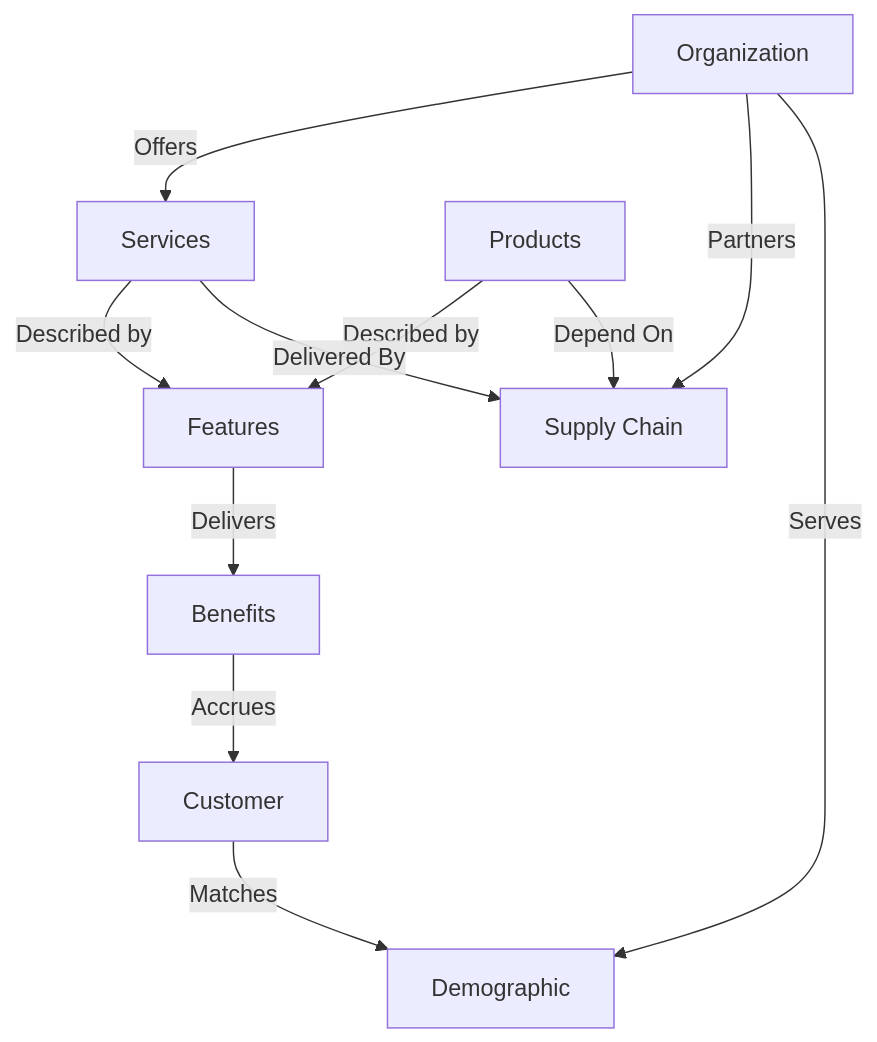
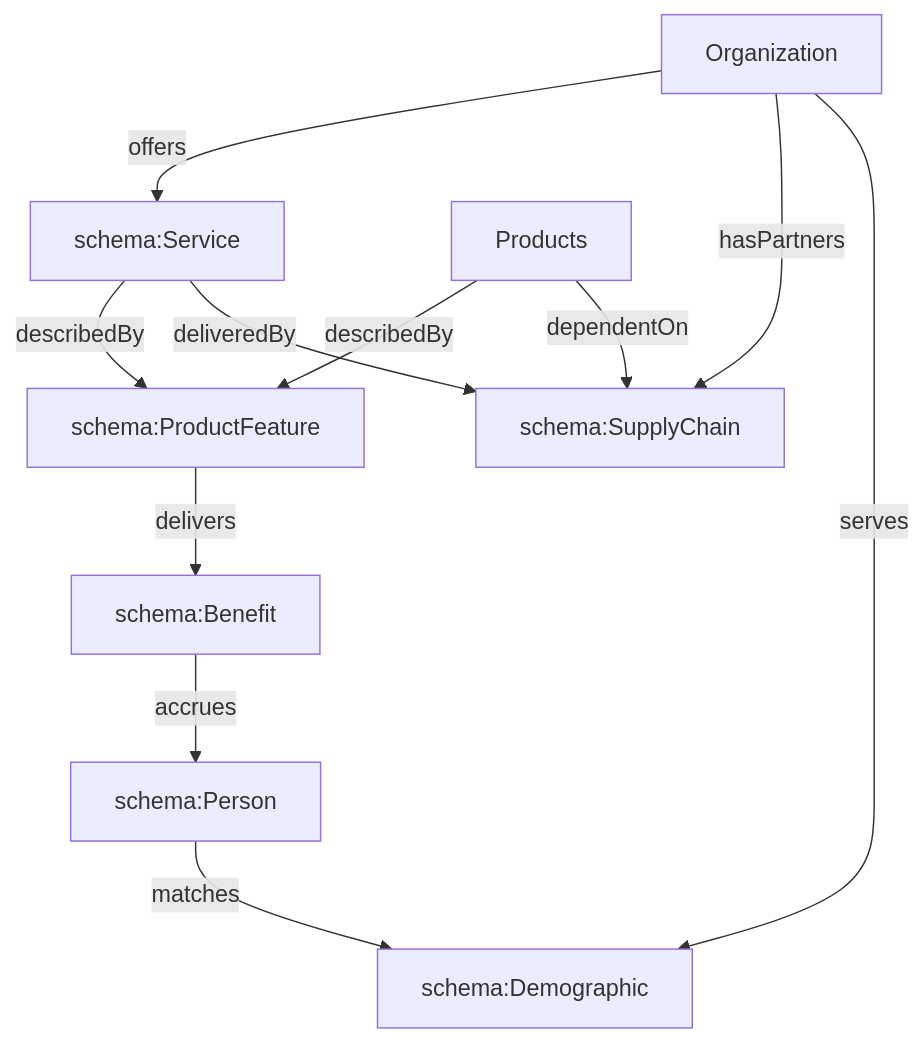
Before and after one commit to fact-claims/fact.claims: the diagram in www/content/paper/index.md, drawn with Mermaid. The commit also changed other lines of this file, not shown here.

````diff
--- a/www/content/paper/index.md
+++ b/www/content/paper/index.md
@@ -78,13 +78,13 @@
 ```mermaid
 graph TB;
-  Organization -->|Offers| Services[Services]
-  Products -->|Described by| Features[Features]
-  Services -->|Described by| Features[Features]
-  Products -->|Depend On| SupplyChain
-  Services -->|Delivered By| SupplyChain
-  Features -->|Delivers| Benefits
-  Benefits -->|Accrues| Customer[Customer]
-  Organization -->|Partners| SupplyChain[Supply Chain]
-  Organization -->|Serves| Demographic
-  Customer -->|Matches |Demographic
+  Organization -->|offers| Services["schema:Service"]
+  Products -->|describedBy| Features["schema:ProductFeature"]
+  Services -->|describedBy| Features
+  Products -->|dependentOn| SupplyChain["schema:SupplyChain"]
+  Services -->|deliveredBy| SupplyChain
+  Features -->|delivers| Benefits["schema:Benefit"]
+  Benefits -->|accrues| Customer["schema:Person"]
+  Organization -->|hasPartners| SupplyChain
+  Organization -->|serves| Demographic["schema:Demographic"]
+  Customer -->|matches| Demographic
 ```
````
